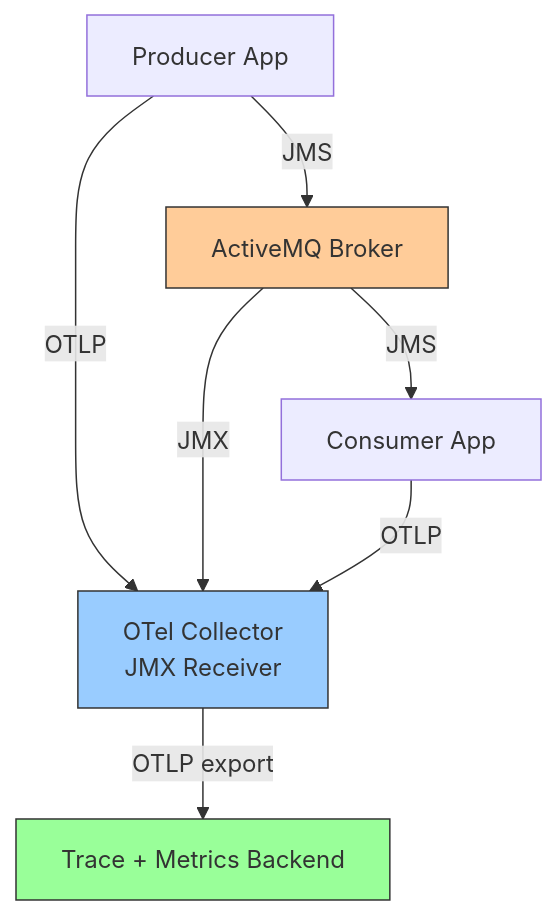
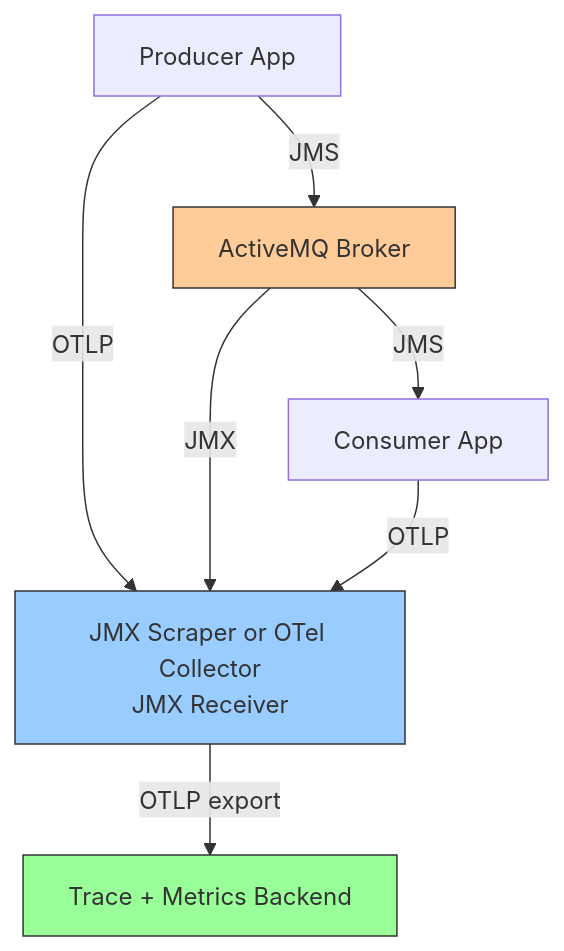
The diagram in posts/2026-02-06-monitor-activemq-opentelemetry/README.md (OneUptime/blog), drawn with Mermaid before and after one commit. The commit also changed other lines of this file and 2 other files, not shown here.

````diff
--- a/posts/2026-02-06-monitor-activemq-opentelemetry/README.md
+++ b/posts/2026-02-06-monitor-activemq-opentelemetry/README.md
@@ -19,13 +19,13 @@
 ```mermaid
 graph TB
-    A[ActiveMQ Broker] -->|JMX| B[OTel Collector<br/>JMX Receiver]
+    A[ActiveMQ Broker] -->|JMX| B[JMX Scraper or OTel Collector<br/>JMX Receiver]
     C[Producer App] -->|OTLP| B
     D[Consumer App] -->|OTLP| B
     C -->|JMS| A
     A -->|JMS| D
     B -->|OTLP export| E[Trace + Metrics Backend]
 
     style A fill:#fc9,stroke:#333
     style B fill:#9cf,stroke:#333
     style E fill:#9f9,stroke:#333
 ```
````
